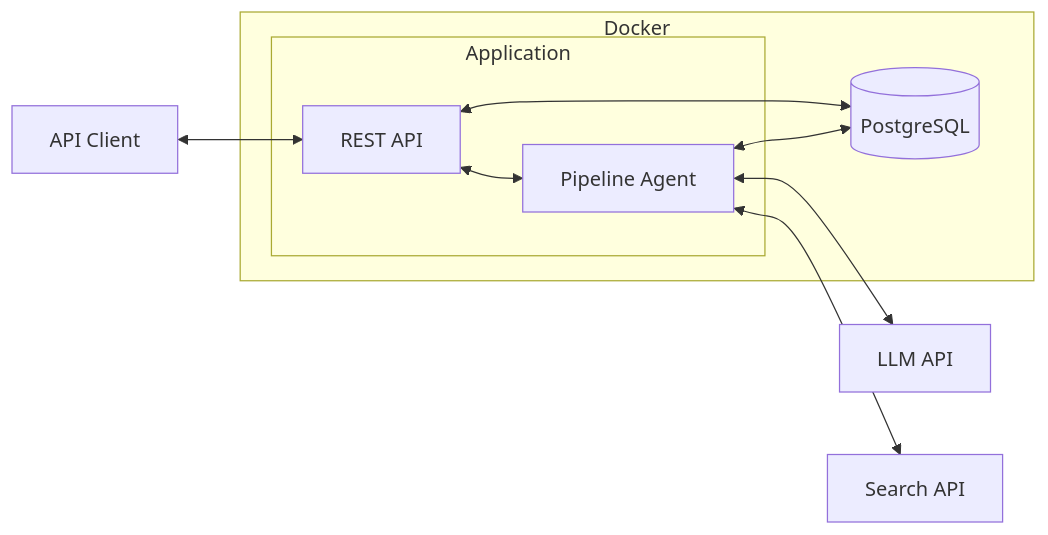
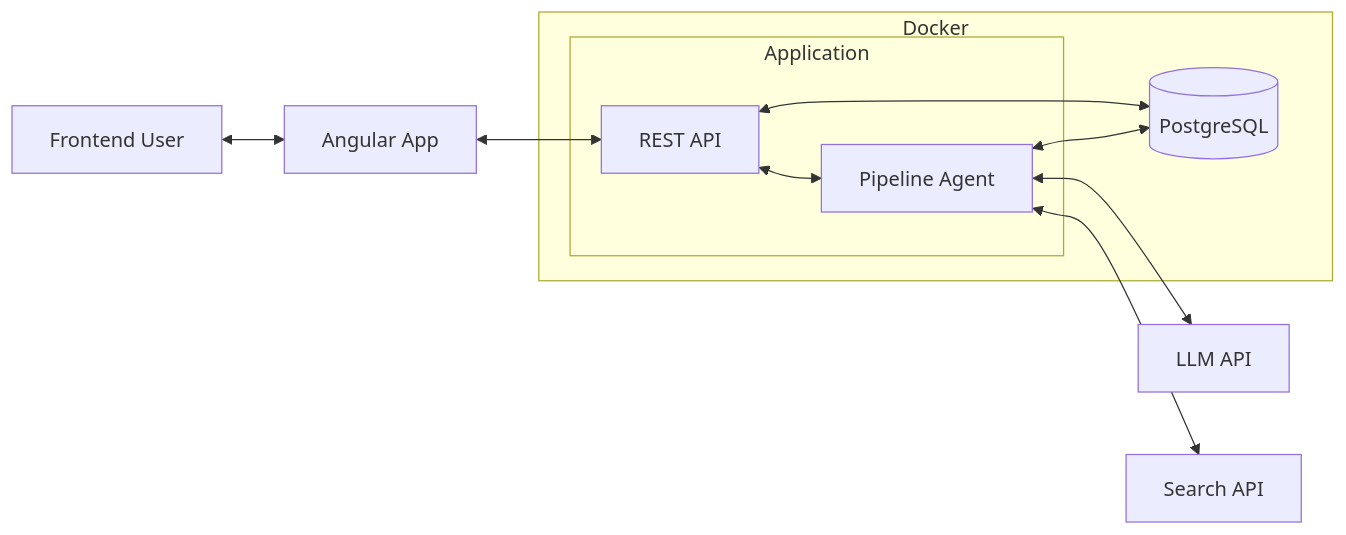
The first of 2 diagrams in README.md (jonkmatsumo/resume-customizer), drawn with Mermaid before and after one commit. The commit also changed other lines of this file, not shown here.

````diff
--- a/README.md
+++ b/README.md
@@ -23,17 +23,17 @@
 ```mermaid
 flowchart LR
+    USER[Frontend User] <--> APP[Angular App]
+    APP <--> API[REST API]
+    
     subgraph Docker
         DB[(PostgreSQL)]
         subgraph Application
-            API[REST API]
-            AGENT[Pipeline Agent]
+            API <--> AGENT[Pipeline Agent]
         end
     end
     
-    USER[API Client] <--> API
-    API <--> AGENT
     API <--> DB
     AGENT <--> LLM[LLM API]
     AGENT <--> SEARCH[Search API]
     AGENT <--> DB
 ```
````
